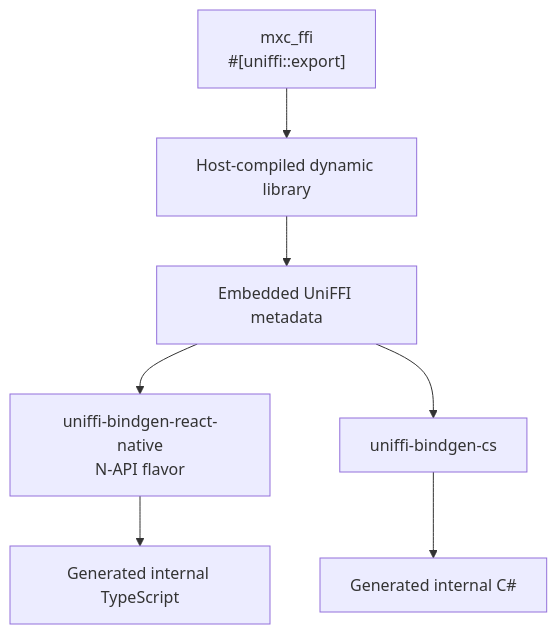
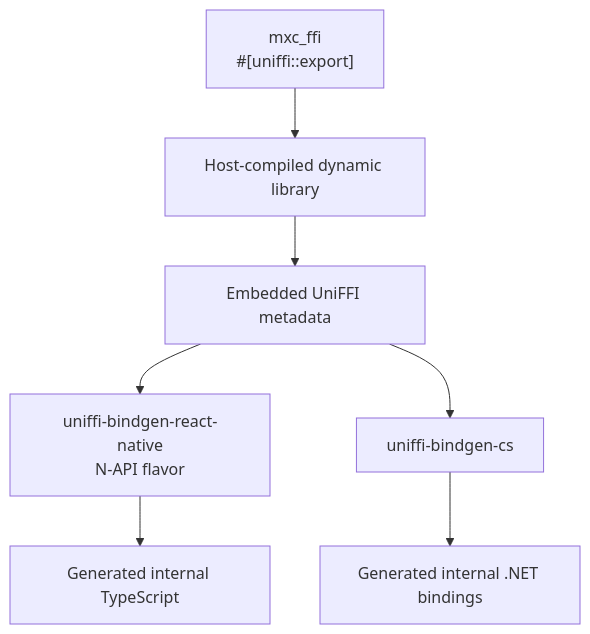
One commit to microsoft/mxc changed the first of 3 diagrams in docs/designs/SDK/uniffi-binding-generation.md. Above: the diagram before and after it, drawn with Mermaid. The commit also changed other lines of this file and 2 other files, not shown here.

First line of the commit message:
Clarify generated .NET diagram labels

````diff
--- a/docs/designs/SDK/uniffi-binding-generation.md
+++ b/docs/designs/SDK/uniffi-binding-generation.md
@@ -8,10 +8,10 @@
 ```mermaid
 flowchart TD
     U["mxc_ffi<br/>#[uniffi::export]"]
     U --> L[Host-compiled dynamic library]
     L --> M[Embedded UniFFI metadata]
     M --> N["uniffi-bindgen-react-native<br/>N-API flavor"]
     M --> C[uniffi-bindgen-cs]
     N --> TS[Generated internal TypeScript]
-    C --> CS[Generated internal C#]
+    C --> CS[Generated internal .NET bindings]
 ```
````
